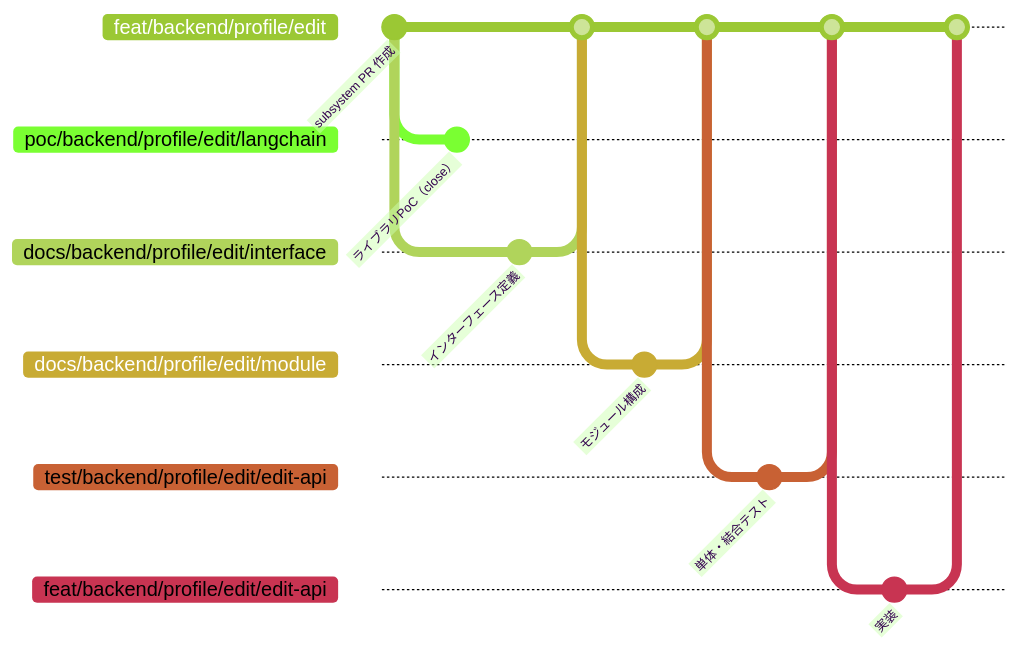
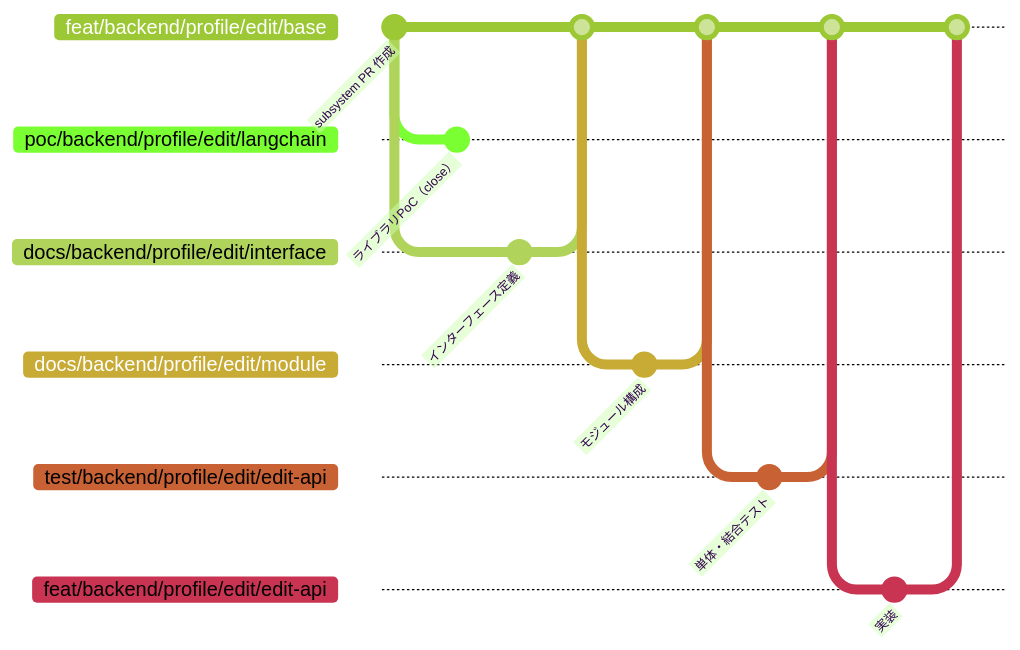
Before and after one commit to shuhei1101/ai-monitor: the fourth of 5 diagrams in docs/wiki/規約/ブランチ戦略.md, drawn with Mermaid (forest theme). The commit also changed other lines of this file and 174 other files, not shown here.

````diff
--- a/docs/wiki/規約/ブランチ戦略.md
+++ b/docs/wiki/規約/ブランチ戦略.md
@@ -275,38 +295,38 @@
 ```mermaid
 ---
 config:
   gitGraph:
-    mainBranchName: feat/backend/profile/edit
+    mainBranchName: feat/backend/profile/edit/base
 ---
 gitGraph
     commit id: "subsystem PR 作成"
 
     branch poc/backend/profile/edit/langchain
     checkout poc/backend/profile/edit/langchain
     commit id: "ライブラリPoC（close）"
 
-    checkout feat/backend/profile/edit
+    checkout feat/backend/profile/edit/base
     branch docs/backend/profile/edit/interface
     checkout docs/backend/profile/edit/interface
     commit id: "インターフェース定義"
-    checkout feat/backend/profile/edit
+    checkout feat/backend/profile/edit/base
     merge docs/backend/profile/edit/interface
 
     branch docs/backend/profile/edit/module
     checkout docs/backend/profile/edit/module
     commit id: "モジュール構成"
-    checkout feat/backend/profile/edit
+    checkout feat/backend/profile/edit/base
     merge docs/backend/profile/edit/module
 
     branch test/backend/profile/edit/edit-api
     checkout test/backend/profile/edit/edit-api
     commit id: "単体・結合テスト"
-    checkout feat/backend/profile/edit
+    checkout feat/backend/profile/edit/base
     merge test/backend/profile/edit/edit-api
 
     branch feat/backend/profile/edit/edit-api
     checkout feat/backend/profile/edit/edit-api
     commit id: "実装"
-    checkout feat/backend/profile/edit
+    checkout feat/backend/profile/edit/base
     merge feat/backend/profile/edit/edit-api
 ```
````
